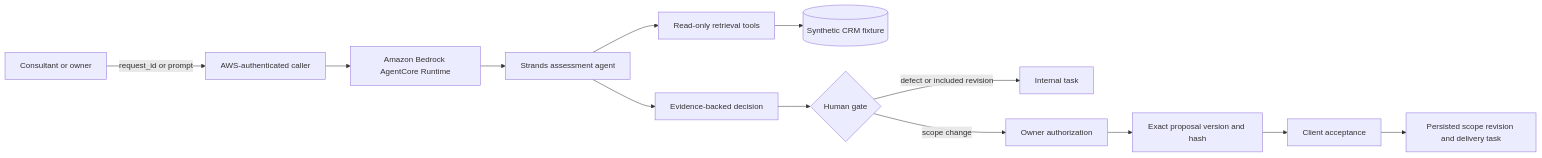
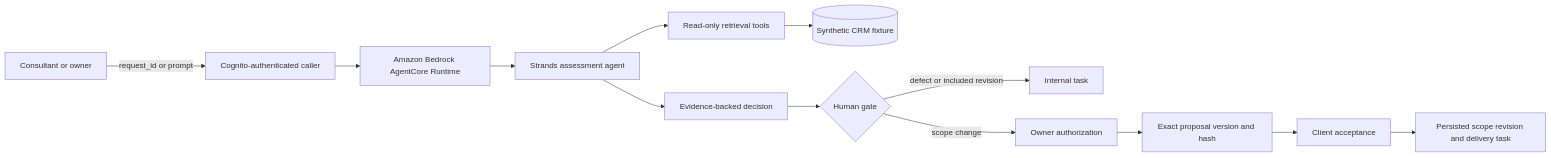
One commit to AI-Ops1/fairchange-agent changed the diagram in docs/architecture.md. Above: the diagram before and after it, drawn with Mermaid. The commit also changed other lines of this file and 22 other files, not shown here.

````diff
--- a/docs/architecture.md
+++ b/docs/architecture.md
@@ -3,15 +3,15 @@
 ```mermaid
 flowchart LR
-    U[Consultant or owner] -->|request_id or prompt| C[AWS-authenticated caller]
+    U[Consultant or owner] -->|request_id or prompt| C[Cognito-authenticated caller]
     C --> R[Amazon Bedrock AgentCore Runtime]
     R --> A[Strands assessment agent]
     A --> T[Read-only retrieval tools]
     T --> F[(Synthetic CRM fixture)]
     A --> D[Evidence-backed decision]
     D --> G{Human gate}
     G -->|defect or included revision| I[Internal task]
     G -->|scope change| O[Owner authorization]
     O --> K[Exact proposal version and hash]
     K --> V[Client acceptance]
     V --> S[Persisted scope revision and delivery task]
 ```
````
